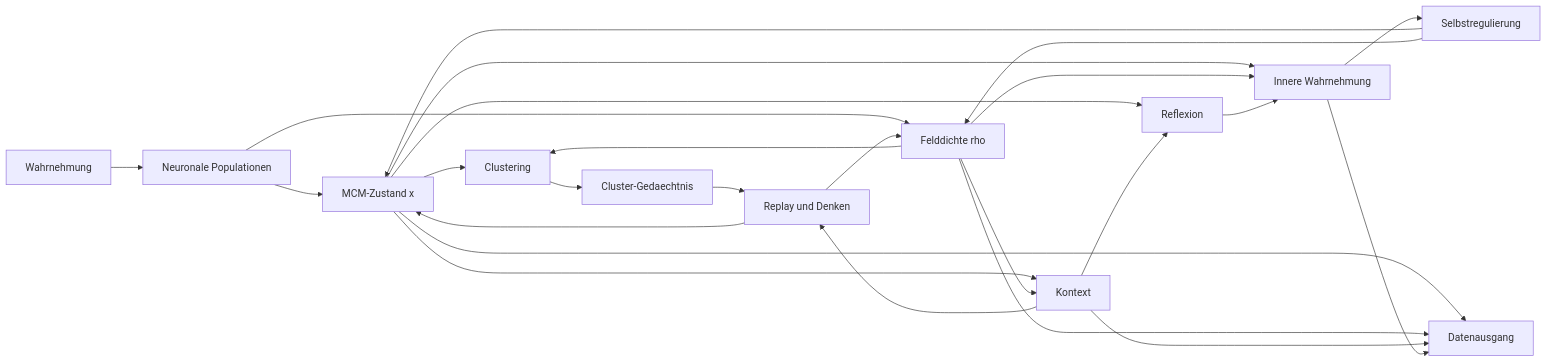
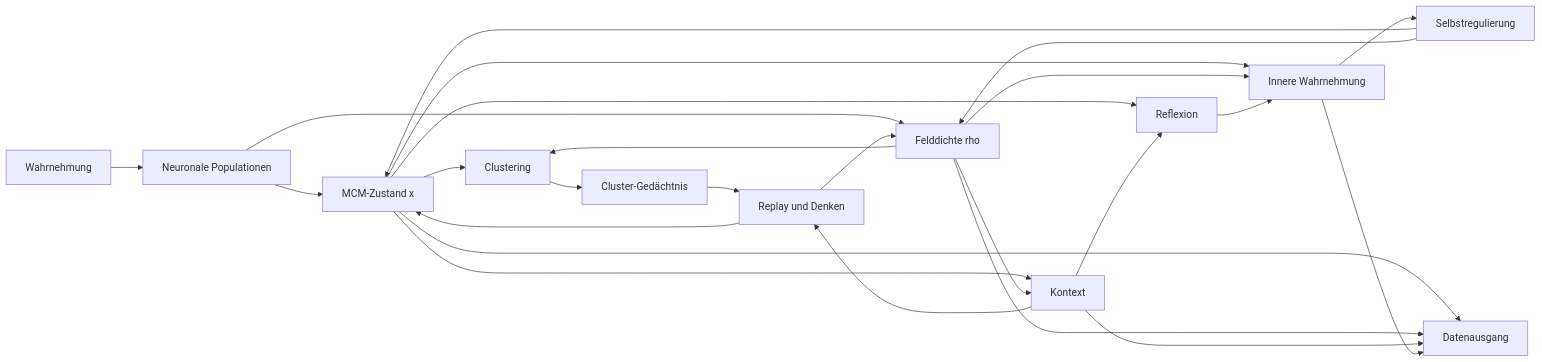
One commit to H5Pro2/MCM-Spiking-State-Field changed the diagram in README.md. Above: the diagram before and after it, drawn with Mermaid. The commit also changed other lines of this file, not shown here.

````diff
--- a/README.md
+++ b/README.md
@@ -50,27 +50,27 @@
 ```mermaid
 flowchart LR
     A["Wahrnehmung"] --> B["Neuronale Populationen"]
     B --> C["MCM-Zustand x"]
     B --> D["Felddichte rho"]
     C --> E["Clustering"]
     D --> E
     C --> F["Kontext"]
     D --> F
-    E --> G["Cluster-Gedaechtnis"]
+    E --> G["Cluster-Gedächtnis"]
     G --> H["Replay und Denken"]
     F --> H
     C --> I["Reflexion"]
     F --> I
     H --> C
     H --> D
     C --> J["Innere Wahrnehmung"]
     D --> J
     I --> J
     J --> K["Selbstregulierung"]
     K --> C
     K --> D
     C --> L["Datenausgang"]
     D --> L
     F --> L
     J --> L
 ```
````
